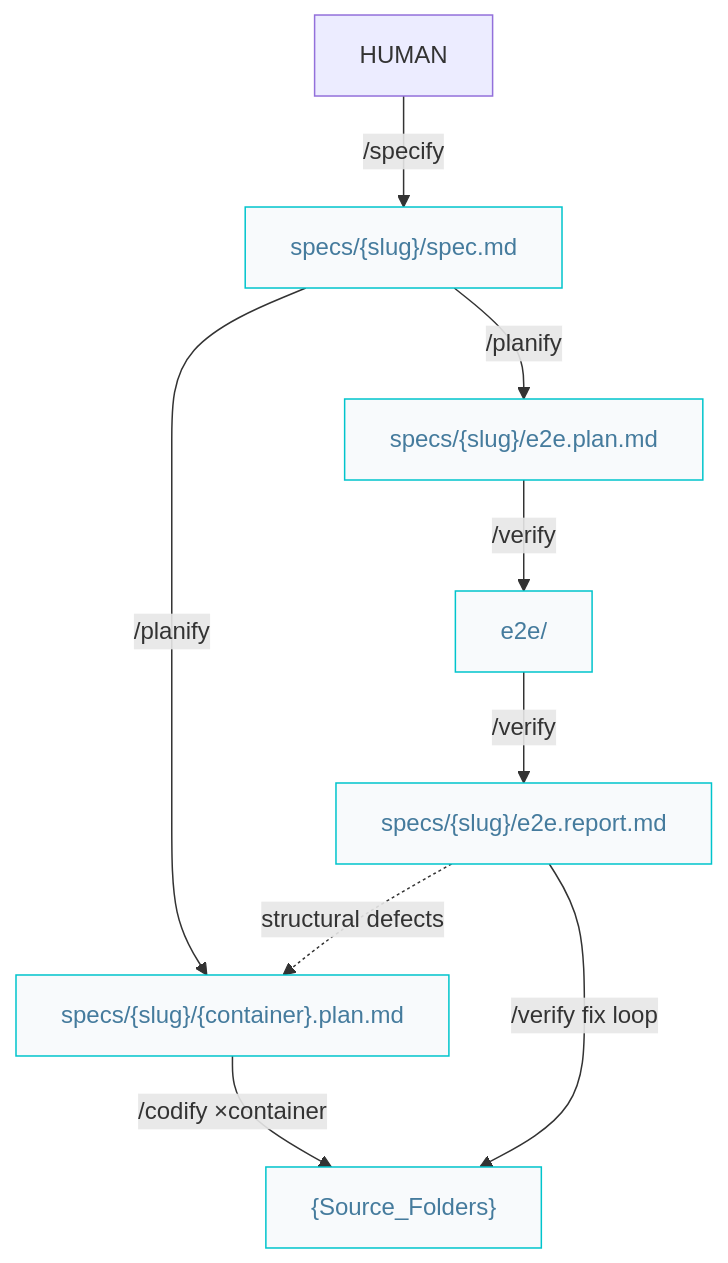
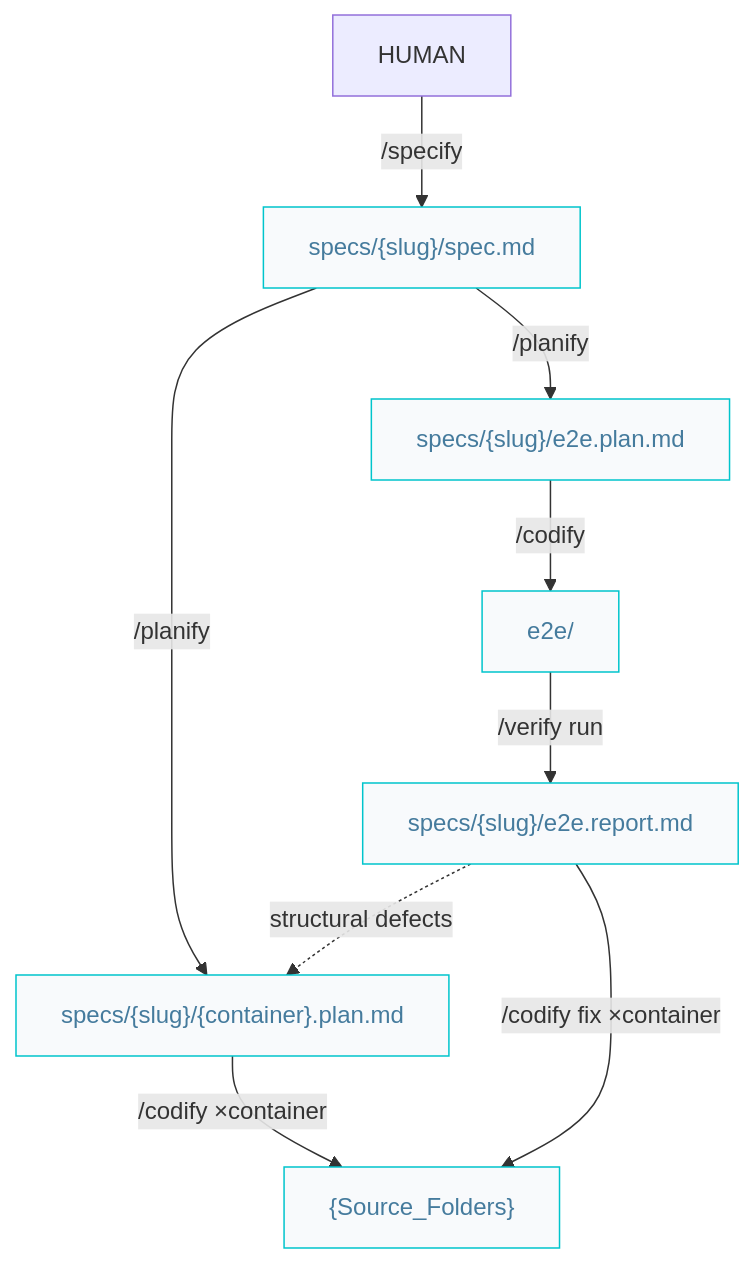
One commit to AIDDbot/AIDDbot changed the diagram in docs/builder.pipelines.md. Above: the diagram before and after it, drawn with Mermaid. The commit also changed other lines of this file and 17 other files, not shown here.

````diff
--- a/docs/builder.pipelines.md
+++ b/docs/builder.pipelines.md
@@ -9,21 +9,21 @@
 ```mermaid
 flowchart TD  
   HUM[HUMAN]
   SPC["specs/{slug}/spec.md"]:::nd
   PLN["specs/{slug}/{container}.plan.md"]:::nd
   EPL["specs/{slug}/e2e.plan.md"]:::nd
   COD["{Source_Folders}"]:::nd
   E2E["e2e/"]:::nd
   RPT["specs/{slug}/e2e.report.md"]:::nd
 
   HUM -->|/specify| SPC
   SPC -->|/planify| PLN
   SPC -->|/planify| EPL
   PLN -->|/codify ×container| COD
-  EPL -->|/verify| E2E
-  E2E -->|/verify| RPT
-  RPT -->|/verify fix loop| COD
+  EPL -->|/codify| E2E
+  E2E -->|/verify run| RPT
+  RPT -->|/codify fix ×container| COD
   RPT -.->|structural defects| PLN
   
   classDef nd fill:#f8fafc,stroke:#00c4cc,color:#457b9d
 ```
````
